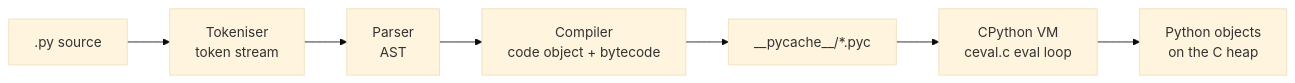
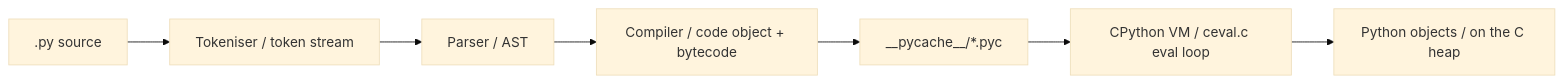
Before and after one commit to dantesaurusrex9/notes-gilgamesh: the first of 3 diagrams in Programming-Languages/Python/1-what-is-python.md, drawn with Mermaid (base theme). The commit also changed other lines of this file and 919 other files, not shown here.

````diff
--- a/Programming-Languages/Python/1-what-is-python.md
+++ b/Programming-Languages/Python/1-what-is-python.md
@@ -86,9 +92,9 @@
 ```mermaid
 flowchart LR
-    SRC[".py source"] --> TOK["Tokeniser<br/>token stream"]
-    TOK --> PARSE["Parser<br/>AST"]
-    PARSE --> COMPILE["Compiler<br/>code object + bytecode"]
+    SRC[".py source"] --> TOK["Tokeniser / token stream"]
+    TOK --> PARSE["Parser / AST"]
+    PARSE --> COMPILE["Compiler / code object + bytecode"]
     COMPILE --> CACHE["__pycache__/*.pyc"]
-    CACHE --> VM["CPython VM<br/>ceval.c eval loop"]
-    VM --> OBJ["Python objects<br/>on the C heap"]
+    CACHE --> VM["CPython VM / ceval.c eval loop"]
+    VM --> OBJ["Python objects / on the C heap"]
 ```
````
